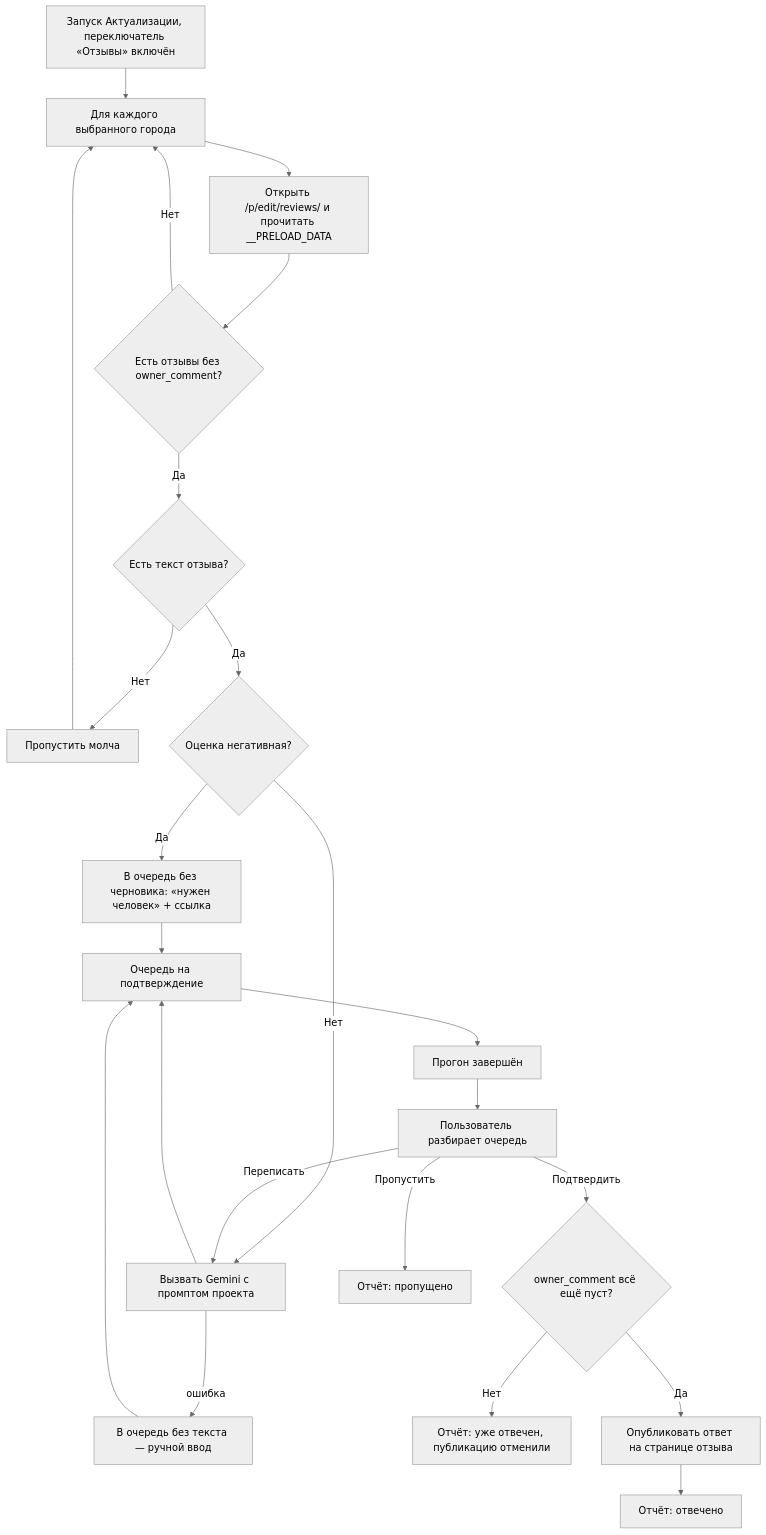
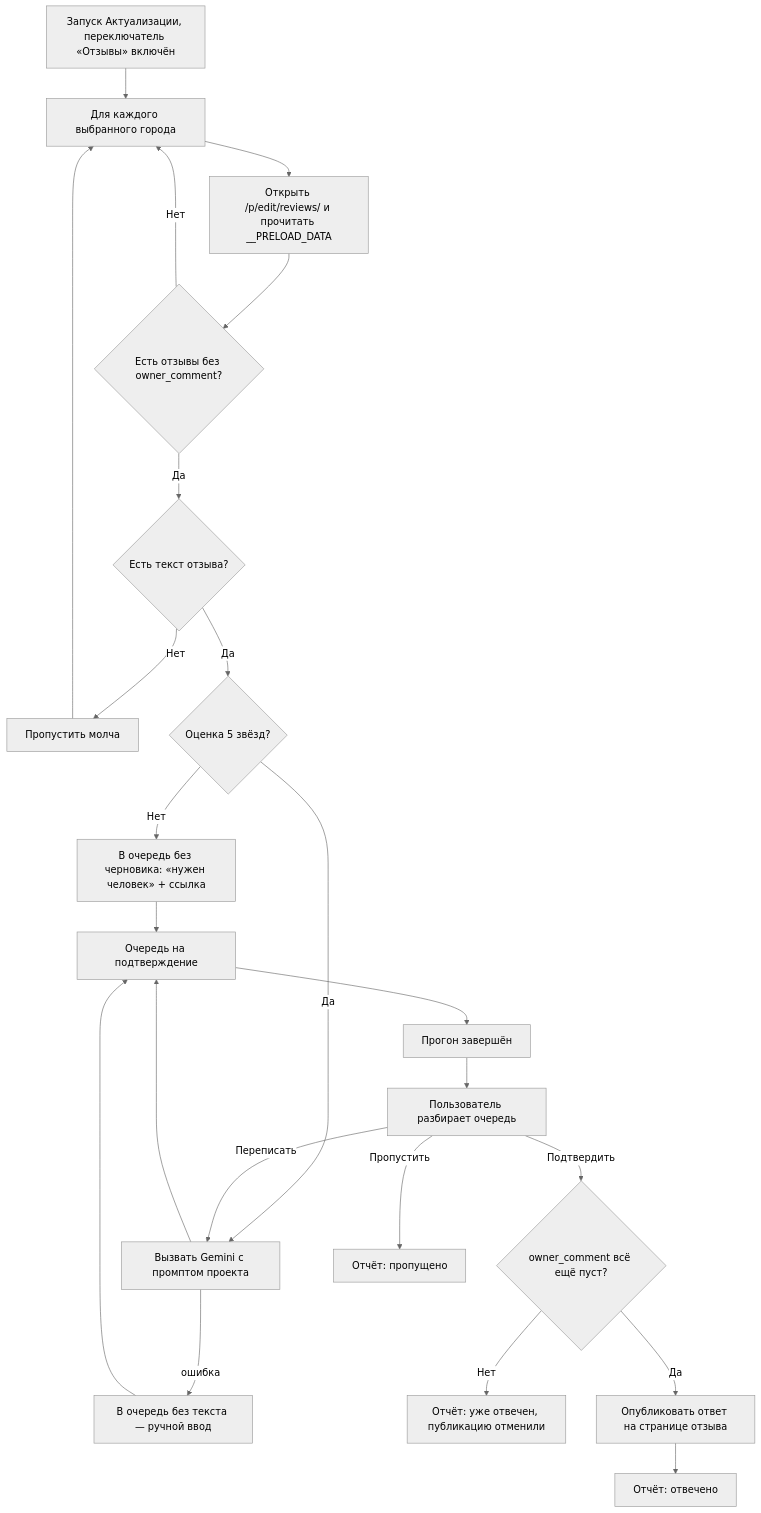
The second of 4 diagrams in ПОСТАНОВКА-Отзывы.md (mag66530/Click), drawn with Mermaid (neutral theme) before and after one commit. The commit also changed other lines of this file, not shown here.

````diff
--- a/ПОСТАНОВКА-Отзывы.md
+++ b/ПОСТАНОВКА-Отзывы.md
@@ -150,25 +150,25 @@
 ```mermaid
 flowchart TD
     A[Запуск Актуализации, переключатель «Отзывы» включён] --> B[Для каждого выбранного города]
     B --> C[Открыть /p/edit/reviews/ и прочитать __PRELOAD_DATA]
     C --> D{Есть отзывы без owner_comment?}
     D -- Нет --> B
     D -- Да --> F1{Есть текст отзыва?}
     F1 -- Нет --> S[Пропустить молча]
-    F1 -- Да --> F2{Оценка негативная?}
-    F2 -- Да --> M[В очередь без черновика: «нужен человек» + ссылка]
-    F2 -- Нет --> E[Вызвать Gemini с промптом проекта]
+    F1 -- Да --> F2{Оценка 5 звёзд?}
+    F2 -- Нет --> M[В очередь без черновика: «нужен человек» + ссылка]
+    F2 -- Да --> E[Вызвать Gemini с промптом проекта]
     E -- ошибка --> E2[В очередь без текста — ручной ввод]
     E --> F[Очередь на подтверждение]
     E2 --> F
     M --> F
     S --> B
     F --> Z[Прогон завершён]
     Z --> R[Пользователь разбирает очередь]
     R -- Переписать --> E
     R -- Подтвердить --> P{owner_comment всё ещё пуст?}
     P -- Нет --> J[Отчёт: уже отвечен, публикацию отменили]
     P -- Да --> G[Опубликовать ответ на странице отзыва]
     G --> H[Отчёт: отвечено]
     R -- Пропустить --> I[Отчёт: пропущено]
 ```
````
